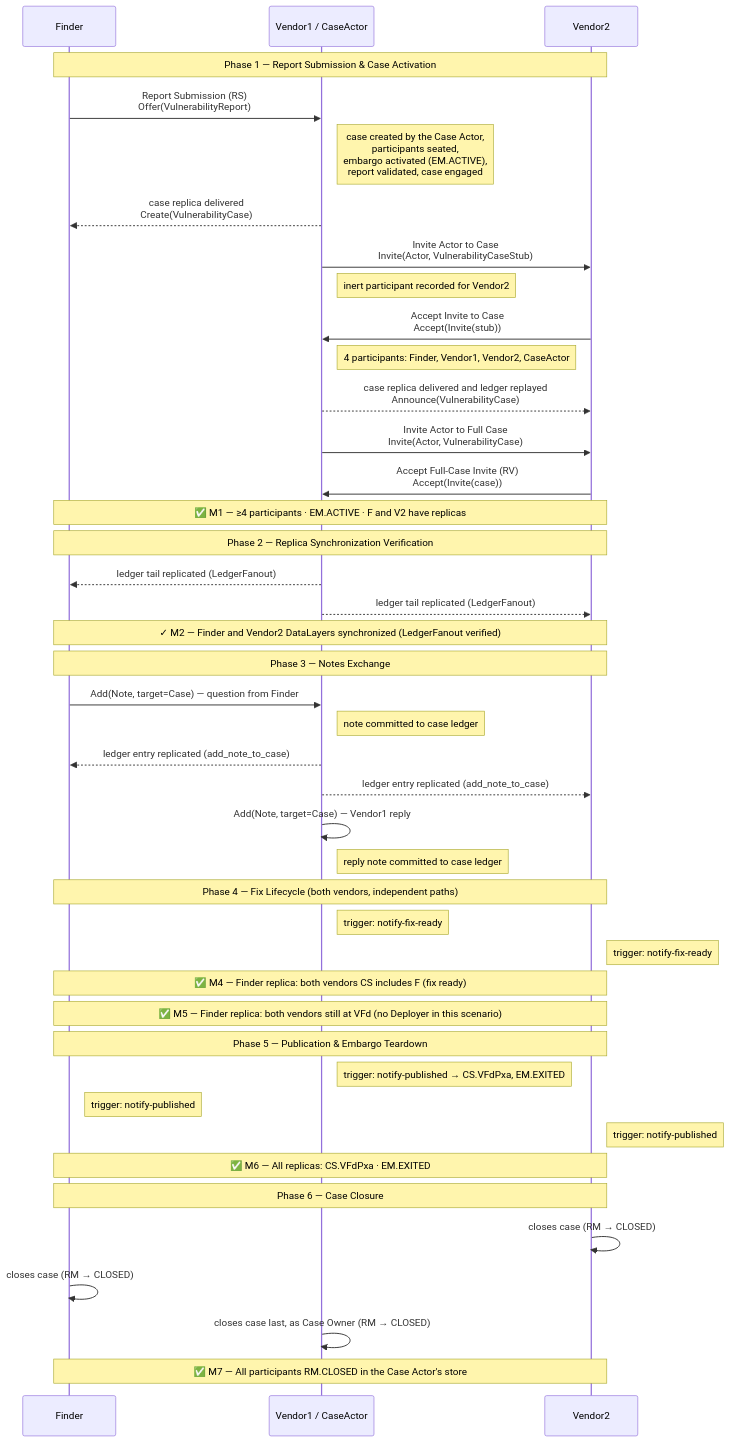
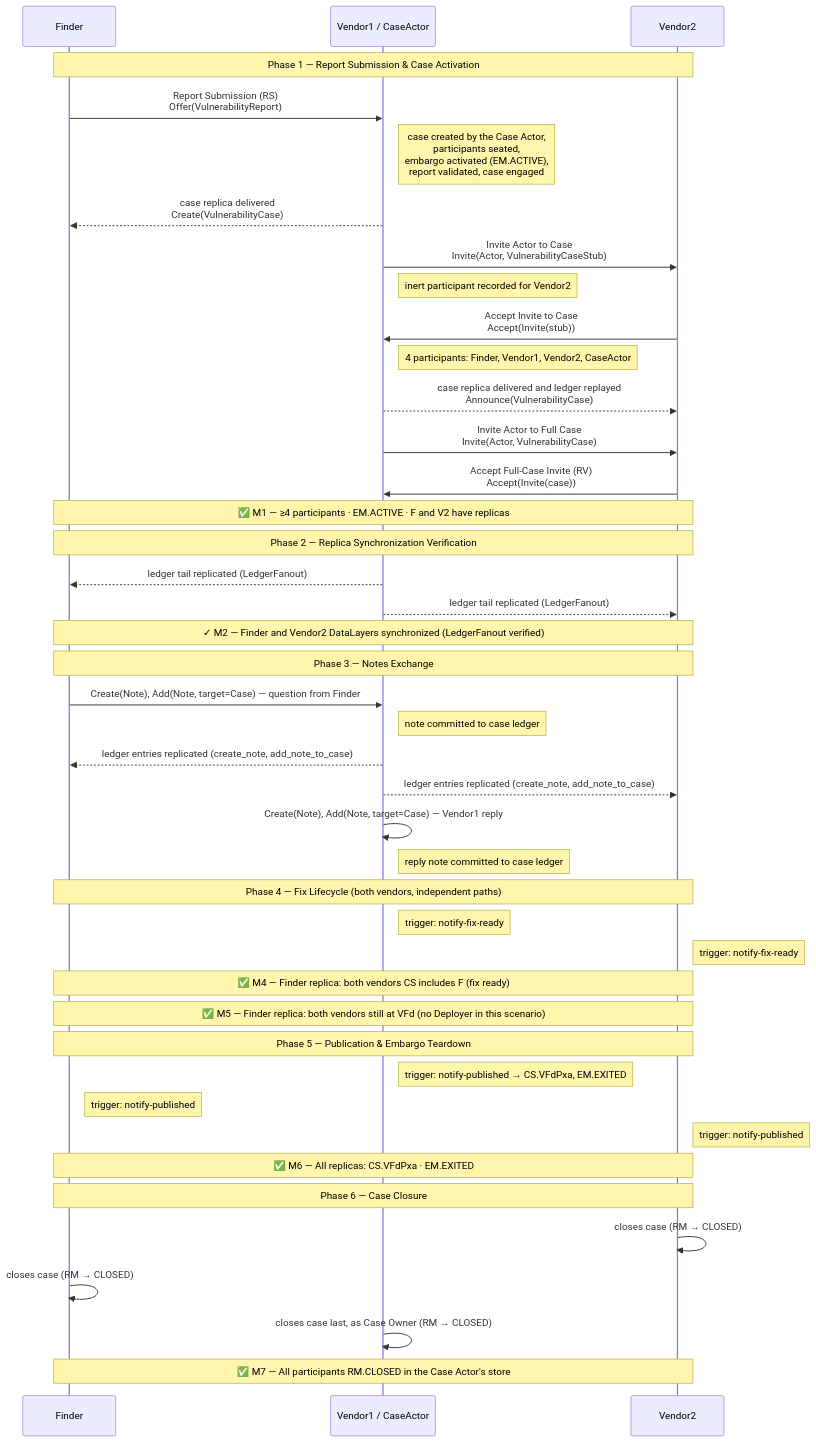
Before and after one commit to CERTCC/Vultron: the diagram in docs/howto/demos/fvv-demo.md, drawn with Mermaid.

Commit message:
docs: sync docs/ for PR #4552
The FVV demo sequence diagram showed a note as one Add and one
add_note_to_case entry; it is a Create and an Add, with two entries.

````diff
--- a/docs/howto/demos/fvv-demo.md
+++ b/docs/howto/demos/fvv-demo.md
@@ -76,57 +76,57 @@
 ```mermaid
 sequenceDiagram
     participant F as Finder
     participant V1 as Vendor1 / CaseActor
     participant V2 as Vendor2
 
     note over F,V2: Phase 1 — Report Submission & Case Activation
 
     F->>V1: Report Submission (RS)<br/>Offer(VulnerabilityReport)
     note right of V1: case created by the Case Actor,<br/>participants seated,<br/>embargo activated (EM.ACTIVE),<br/>report validated, case engaged
     V1-->>F: case replica delivered<br/>Create(VulnerabilityCase)
     V1->>V2: Invite Actor to Case<br/>Invite(Actor, VulnerabilityCaseStub)
     note right of V1: inert participant recorded for Vendor2
     V2->>V1: Accept Invite to Case<br/>Accept(Invite(stub))
     note right of V1: 4 participants: Finder, Vendor1, Vendor2, CaseActor
     V1-->>V2: case replica delivered and ledger replayed<br/>Announce(VulnerabilityCase)
     V1->>V2: Invite Actor to Full Case<br/>Invite(Actor, VulnerabilityCase)
     V2->>V1: Accept Full-Case Invite (RV)<br/>Accept(Invite(case))
 
     note over F,V2: ✅ M1 — ≥4 participants · EM.ACTIVE · F and V2 have replicas
 
     note over F,V2: Phase 2 — Replica Synchronization Verification
 
     V1-->>F: ledger tail replicated (LedgerFanout)
     V1-->>V2: ledger tail replicated (LedgerFanout)
     note over F,V2: ✓ M2 — Finder and Vendor2 DataLayers synchronized (LedgerFanout verified)
 
     note over F,V2: Phase 3 — Notes Exchange
 
-    F->>V1: Add(Note, target=Case) — question from Finder
+    F->>V1: Create(Note), Add(Note, target=Case) — question from Finder
     note right of V1: note committed to case ledger
-    V1-->>F: ledger entry replicated (add_note_to_case)
-    V1-->>V2: ledger entry replicated (add_note_to_case)
-    V1->>V1: Add(Note, target=Case) — Vendor1 reply
+    V1-->>F: ledger entries replicated (create_note, add_note_to_case)
+    V1-->>V2: ledger entries replicated (create_note, add_note_to_case)
+    V1->>V1: Create(Note), Add(Note, target=Case) — Vendor1 reply
     note right of V1: reply note committed to case ledger
 
     note over F,V2: Phase 4 — Fix Lifecycle (both vendors, independent paths)
 
     note right of V1: trigger: notify-fix-ready
     note right of V2: trigger: notify-fix-ready
     note over F,V2: ✅ M4 — Finder replica: both vendors CS includes F (fix ready)
     note over F,V2: ✅ M5 — Finder replica: both vendors still at VFd (no Deployer in this scenario)
 
     note over F,V2: Phase 5 — Publication & Embargo Teardown
 
     note right of V1: trigger: notify-published → CS.VFdPxa, EM.EXITED
     note right of F: trigger: notify-published
     note right of V2: trigger: notify-published
     note over F,V2: ✅ M6 — All replicas: CS.VFdPxa · EM.EXITED
 
     note over F,V2: Phase 6 — Case Closure
 
     V2->>V2: closes case (RM → CLOSED)
     F->>F: closes case (RM → CLOSED)
     V1->>V1: closes case last, as Case Owner (RM → CLOSED)
     note over F,V2: ✅ M7 — All participants RM.CLOSED in the Case Actor's store
 ```
````
